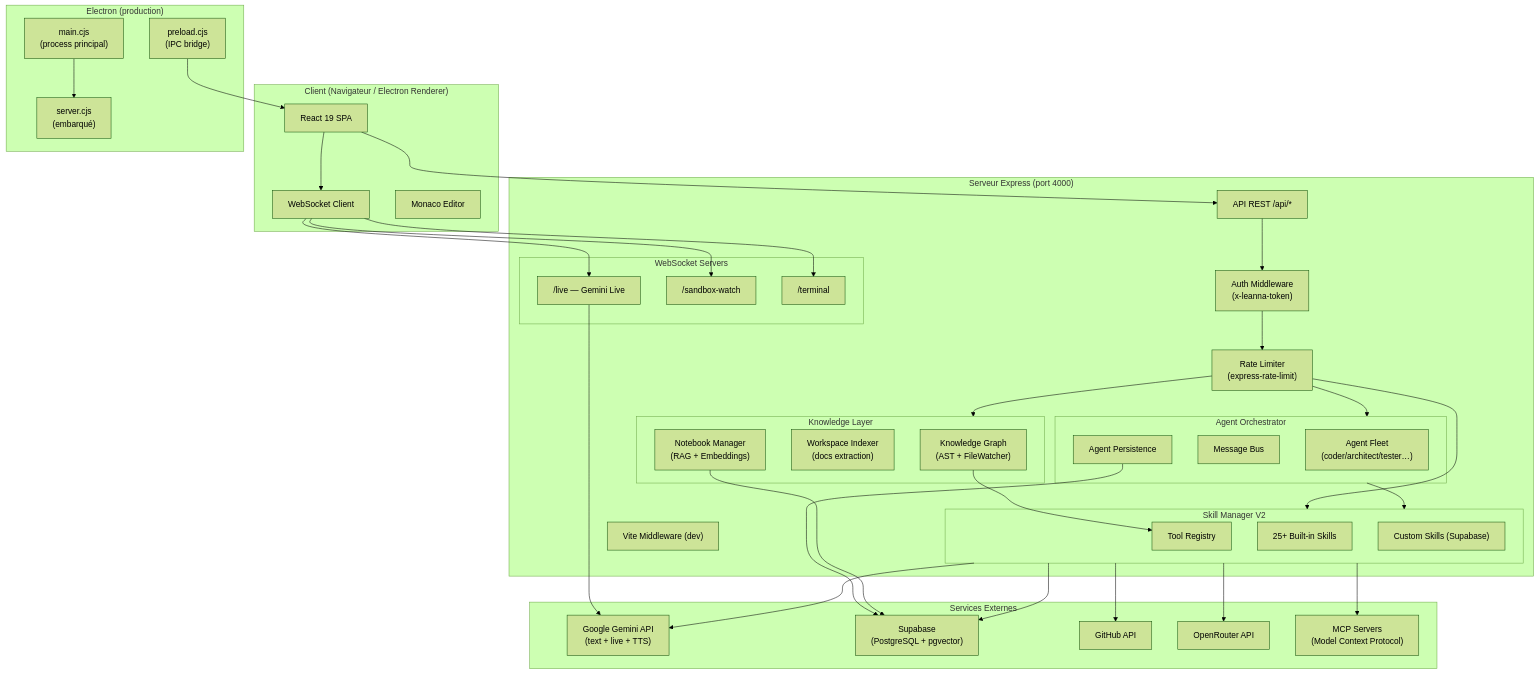
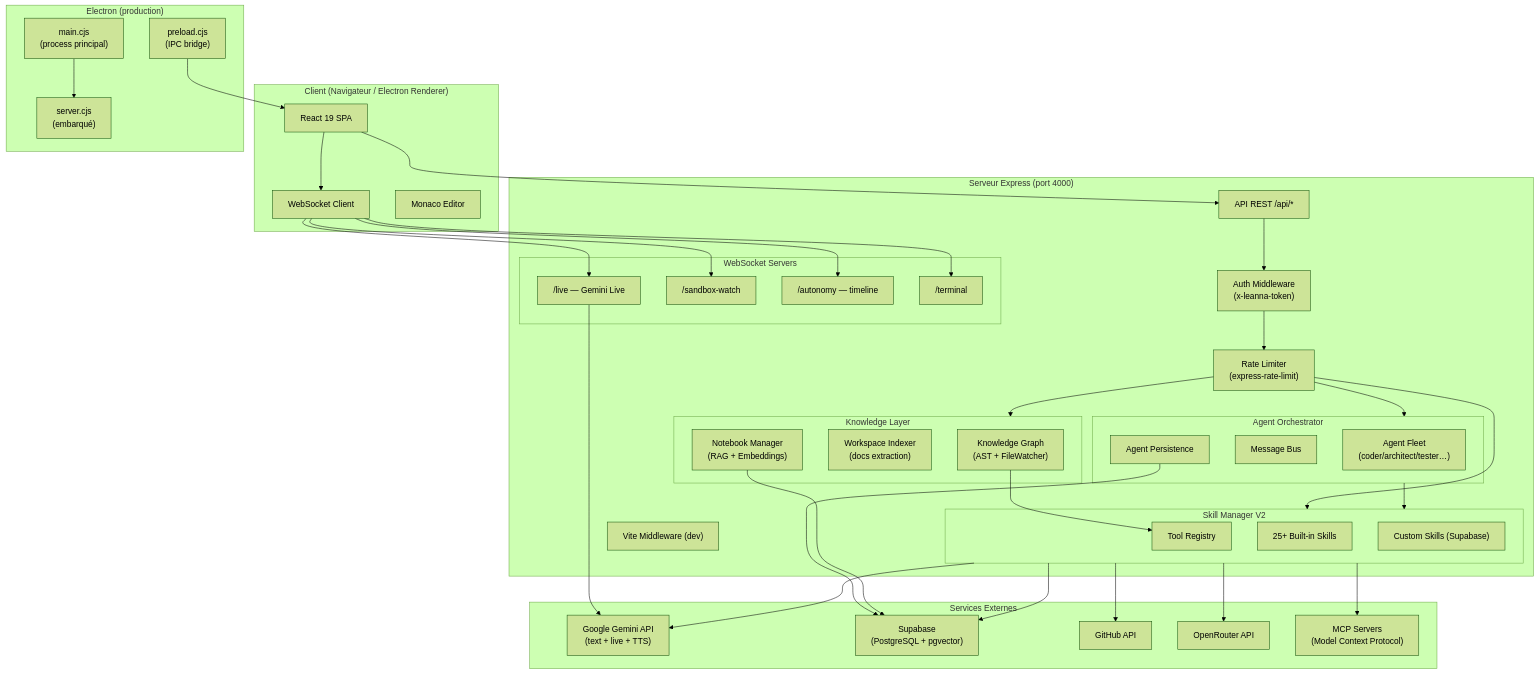
Before and after one commit to moonback/Leanna-IDE: the diagram in ARCHITECTURE.md, drawn with Mermaid (forest theme). The commit also changed other lines of this file and 1 other file, not shown here.

````diff
--- a/ARCHITECTURE.md
+++ b/ARCHITECTURE.md
@@ -7,79 +7,81 @@
 ```mermaid
 graph TD
     subgraph Client["Client (Navigateur / Electron Renderer)"]
         UI["React 19 SPA"]
         WS_CLIENT["WebSocket Client"]
         MONACO["Monaco Editor"]
     end
 
     subgraph Server["Serveur Express (port 4000)"]
         VITE["Vite Middleware (dev)"]
         API["API REST /api/*"]
         AUTH["Auth Middleware\n(x-leanna-token)"]
         RATE["Rate Limiter\n(express-rate-limit)"]
 
         subgraph WS["WebSocket Servers"]
             WS_LIVE["/live — Gemini Live"]
             WS_SANDBOX["/sandbox-watch"]
+            WS_AUTONOMY["/autonomy — timeline"]
             WS_TERMINAL["/terminal"]
         end
 
         subgraph SKILLS["Skill Manager V2"]
             RUNTIME["Tool Registry"]
             BUILTIN["25+ Built-in Skills"]
             CUSTOM["Custom Skills (Supabase)"]
         end
 
         subgraph AGENTS["Agent Orchestrator"]
             FLEET["Agent Fleet\n(coder/architect/tester…)"]
             BUS["Message Bus"]
             PERSIST["Agent Persistence"]
         end
 
         subgraph KNOWLEDGE["Knowledge Layer"]
             KG["Knowledge Graph\n(AST + FileWatcher)"]
             WI["Workspace Indexer\n(docs extraction)"]
             NB["Notebook Manager\n(RAG + Embeddings)"]
         end
     end
 
     subgraph EXTERNAL["Services Externes"]
         GEMINI["Google Gemini API\n(text + live + TTS)"]
         SUPABASE["Supabase\n(PostgreSQL + pgvector)"]
         GITHUB_API["GitHub API"]
         OPENROUTER["OpenRouter API"]
         MCP["MCP Servers\n(Model Context Protocol)"]
     end
 
     subgraph ELECTRON["Electron (production)"]
         MAIN["main.cjs\n(process principal)"]
         PRELOAD["preload.cjs\n(IPC bridge)"]
         SERVER_EMB["server.cjs\n(embarqué)"]
     end
 
     UI --> API
     UI --> WS_CLIENT
     WS_CLIENT --> WS_LIVE
     WS_CLIENT --> WS_SANDBOX
+    WS_CLIENT --> WS_AUTONOMY
     WS_CLIENT --> WS_TERMINAL
 
     API --> AUTH --> RATE
     RATE --> SKILLS
     RATE --> AGENTS
     RATE --> KNOWLEDGE
 
     SKILLS --> GEMINI
     SKILLS --> SUPABASE
     SKILLS --> GITHUB_API
     SKILLS --> OPENROUTER
     SKILLS --> MCP
 
     WS_LIVE --> GEMINI
     AGENTS --> SKILLS
     PERSIST --> SUPABASE
     NB --> SUPABASE
     KG --> RUNTIME
 
     MAIN --> SERVER_EMB
     PRELOAD --> UI
 ```
````
